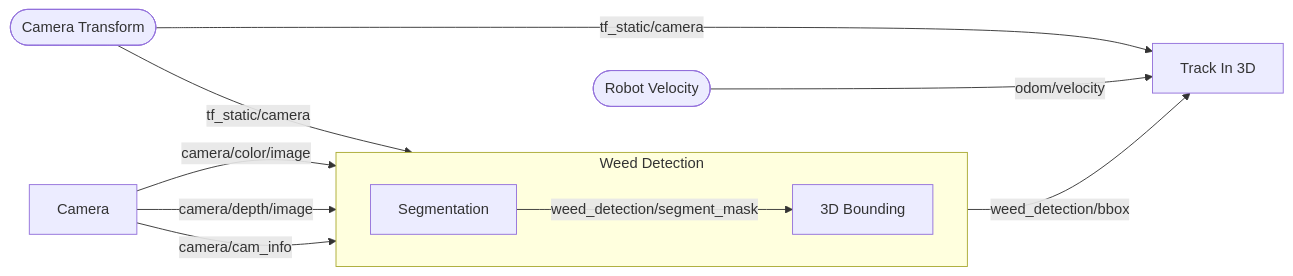
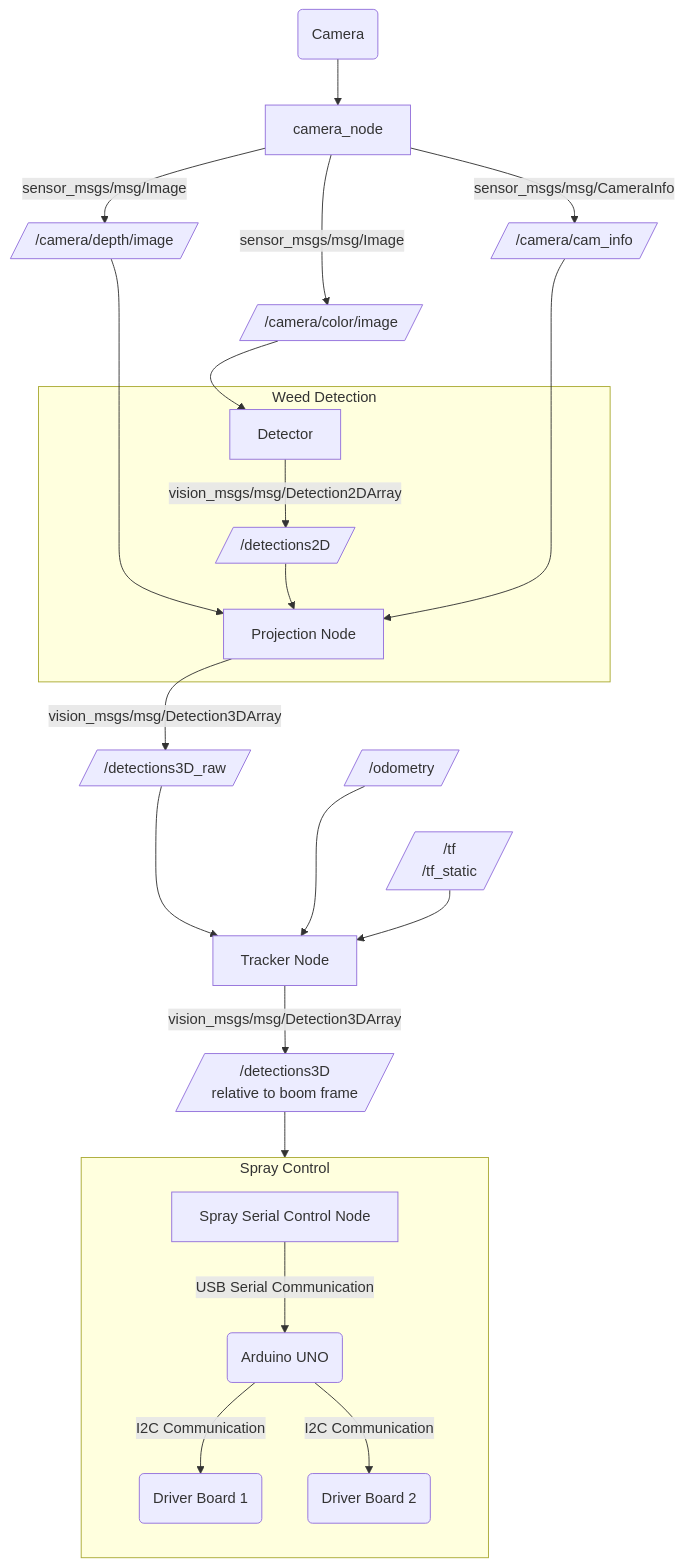
Before and after one commit to Kantor-Lab/LEAP_sprayer: the diagram in ARCHITECTURE.md, drawn with Mermaid. The commit also changed other lines of this file, not shown here.

Commit message:
update architecture diagram
reflects conversations about the stack with Billy

````diff
--- a/ARCHITECTURE.md
+++ b/ARCHITECTURE.md
@@ -15,23 +15,52 @@
 ```mermaid
-graph LR
-  tf_cam([Camera Transform])
-  velo_robot([Robot Velocity])
+graph TB
+  cam(Camera) --> cam_node
 
-  cam[Camera]
+  cam_node[camera_node]
+  cam_node -->|sensor_msgs/msg/Image| depth[//camera/depth/image/]
+  cam_node -->|sensor_msgs/msg/Image| color[//camera/color/image/]
+  cam_node -->|sensor_msgs/msg/CameraInfo| info[//camera/cam_info/]
+
+  %% styling ltr
+  depth ~~~ weed_detection
+  info ~~~ weed_detection
+  color ~~~ weed_detection
+  depth ~~~ color
+  info ~~~ color
+
+  color --> detect
+  detect[Detector]
+  detect -->|vision_msgs/msg/Detection2DArray| detections[//detections2D/]
+
+  project[Projection Node]
+  subgraph weed_detection[Weed Detection]
+    detect
+    detections --> project
+  end
   
-  subgraph Weed Detection
-    direction LR
-    seg[Segmentation]
-    bound[3D Bounding]
-    seg -->|weed_detection/segment_mask| bound
+  depth --> project
+  info --> project
+
+  project -->|vision_msgs/msg/Detection3DArray| detections3D_raw[//detections3D_raw/]
+
+  tracker[Tracker Node]
+  
+  urdf[/"/tf<br>/tf_static"/] --> tracker
+  odom[//odometry/] ---> tracker
+  detections3D_raw ---> tracker
+
+  %% styling
+  project ~~~ tracker
+  odom ~~~ urdf
+  detections3D_raw ~~~ tracker
+
+  tracker -->|vision_msgs/msg/Detection3DArray| detections3D[/"/detections3D<br>relative to boom frame"/]
+
+  subgraph sprayer[Spray Control]
+    direction TB
+    spray_control[Spray Serial Control Node] -->|USB Serial Communication| uno(Arduino UNO)
+    uno -->|I2C Communication| spray_driver_board_one(Driver Board 1)
+    uno -->|I2C Communication| spray_driver_board_two(Driver Board 2)
   end
-  cam -->|camera/color/image| seg
-  cam -->|camera/depth/image| bound
-  cam -->|camera/cam_info| bound
-  tf_cam -->|tf_static/camera| bound
-
-  track[Track In 3D]
-  bound -->|weed_detection/bbox| track
-  tf_cam -->|tf_static/camera| track
-  velo_robot -->|odom/velocity| track
+  detections3D --> sprayer
 ```
````
